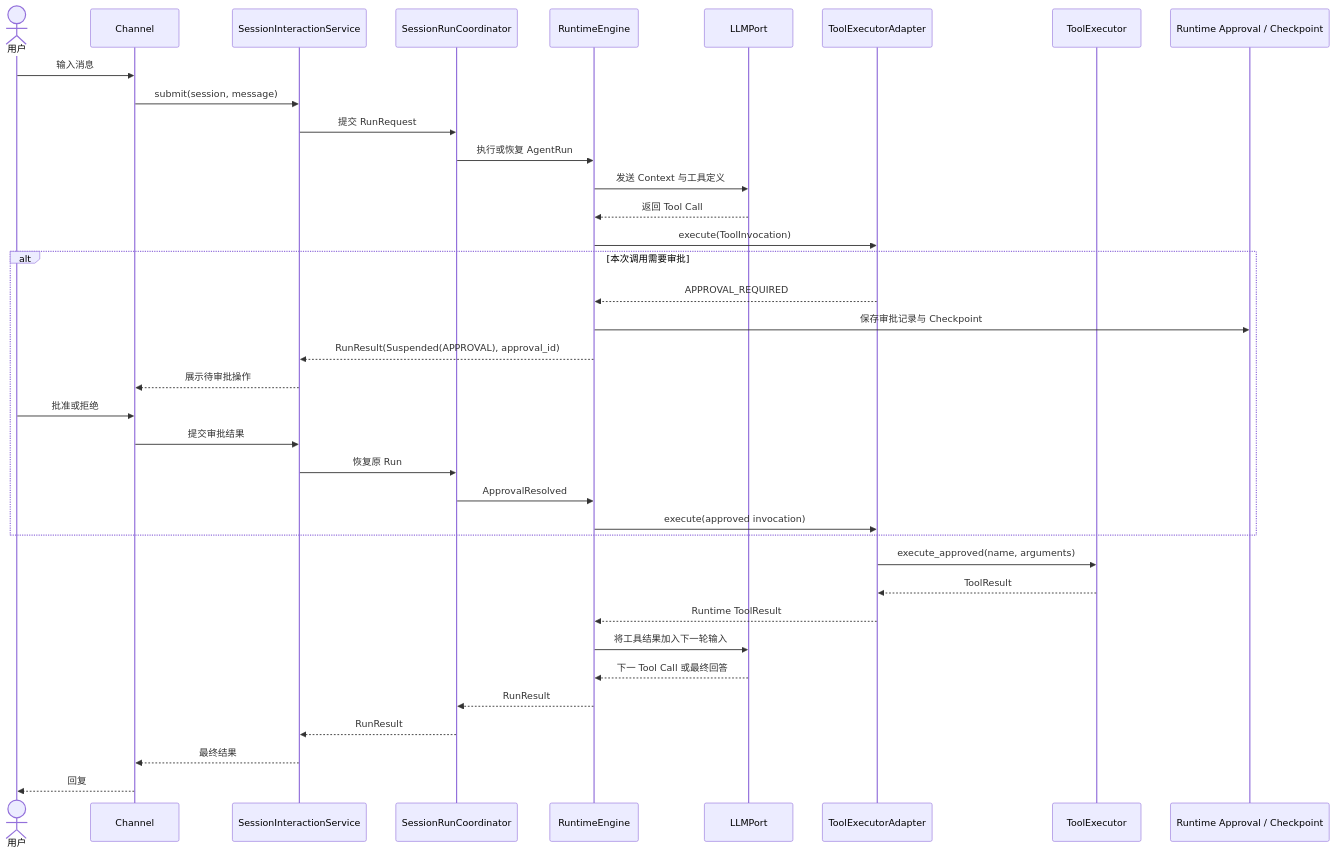
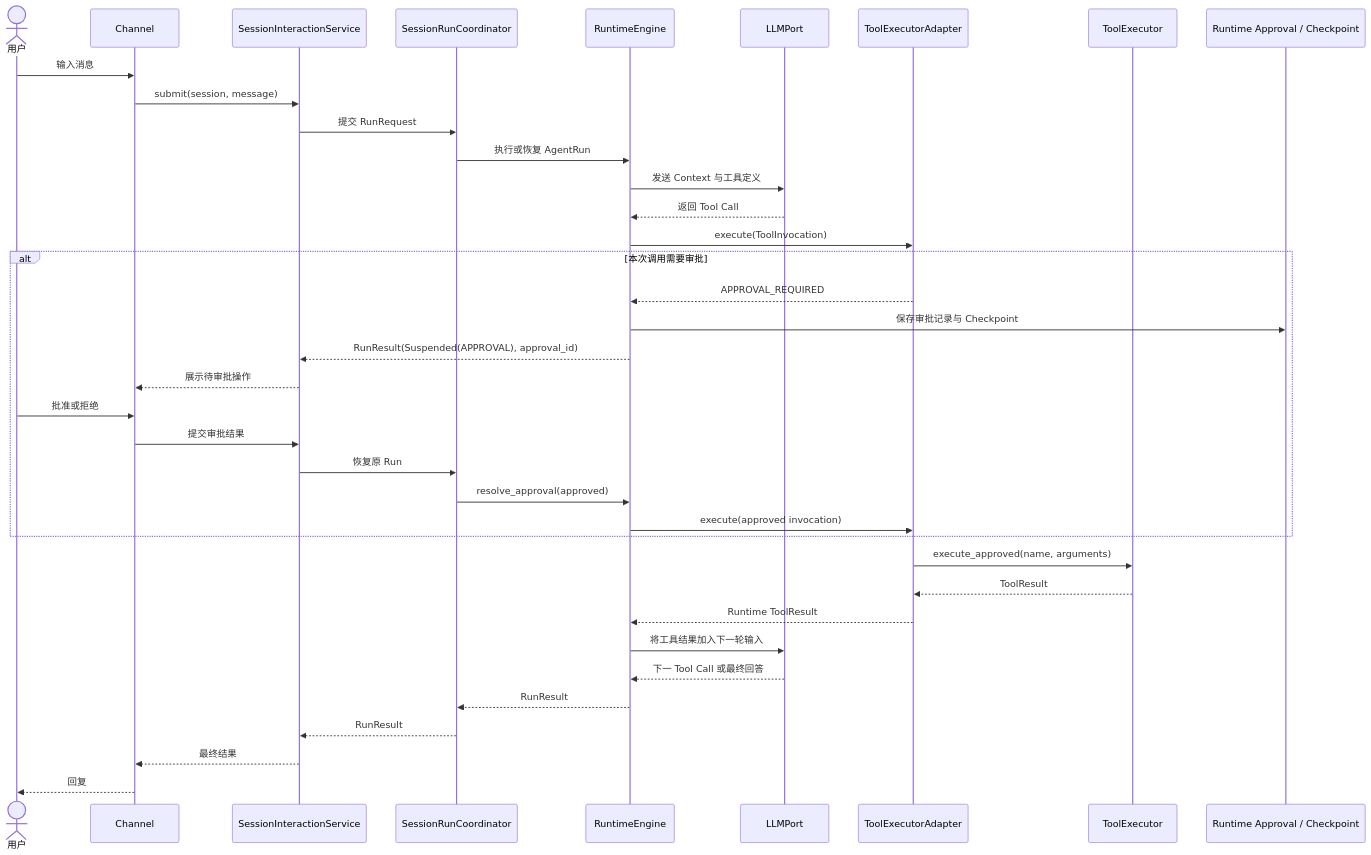
Before and after one commit to aandbcct/dotClaw: the second of 11 diagrams in docs/wiki/Tool 模块总体说明.md, drawn with Mermaid. The commit also changed 25 other files, not shown here.

````diff
--- a/docs/wiki/Tool 模块总体说明.md
+++ b/docs/wiki/Tool 模块总体说明.md
@@ -99,42 +99,42 @@
 ```mermaid
 sequenceDiagram
     actor User as 用户
     participant Channel as Channel
     participant App as SessionInteractionService
     participant Coord as SessionRunCoordinator
     participant Engine as RuntimeEngine
     participant LLM as LLMPort
     participant Adapter as ToolExecutorAdapter
     participant Tool as ToolExecutor
     participant RuntimeApproval as Runtime Approval / Checkpoint
 
     User->>Channel: 输入消息
     Channel->>App: submit(session, message)
     App->>Coord: 提交 RunRequest
     Coord->>Engine: 执行或恢复 AgentRun
     Engine->>LLM: 发送 Context 与工具定义
     LLM-->>Engine: 返回 Tool Call
     Engine->>Adapter: execute(ToolInvocation)
 
     alt 本次调用需要审批
         Adapter-->>Engine: APPROVAL_REQUIRED
         Engine->>RuntimeApproval: 保存审批记录与 Checkpoint
         Engine-->>App: RunResult(Suspended(APPROVAL), approval_id)
         App-->>Channel: 展示待审批操作
         User->>Channel: 批准或拒绝
         Channel->>App: 提交审批结果
         App->>Coord: 恢复原 Run
-        Coord->>Engine: ApprovalResolved
+        Coord->>Engine: resolve_approval(approved)
         Engine->>Adapter: execute(approved invocation)
     end
 
     Adapter->>Tool: execute_approved(name, arguments)
     Tool-->>Adapter: ToolResult
     Adapter-->>Engine: Runtime ToolResult
     Engine->>LLM: 将工具结果加入下一轮输入
     LLM-->>Engine: 下一 Tool Call 或最终回答
     Engine-->>Coord: RunResult
     Coord-->>App: RunResult
     App-->>Channel: 最终结果
     Channel-->>User: 回复
 ```
````
